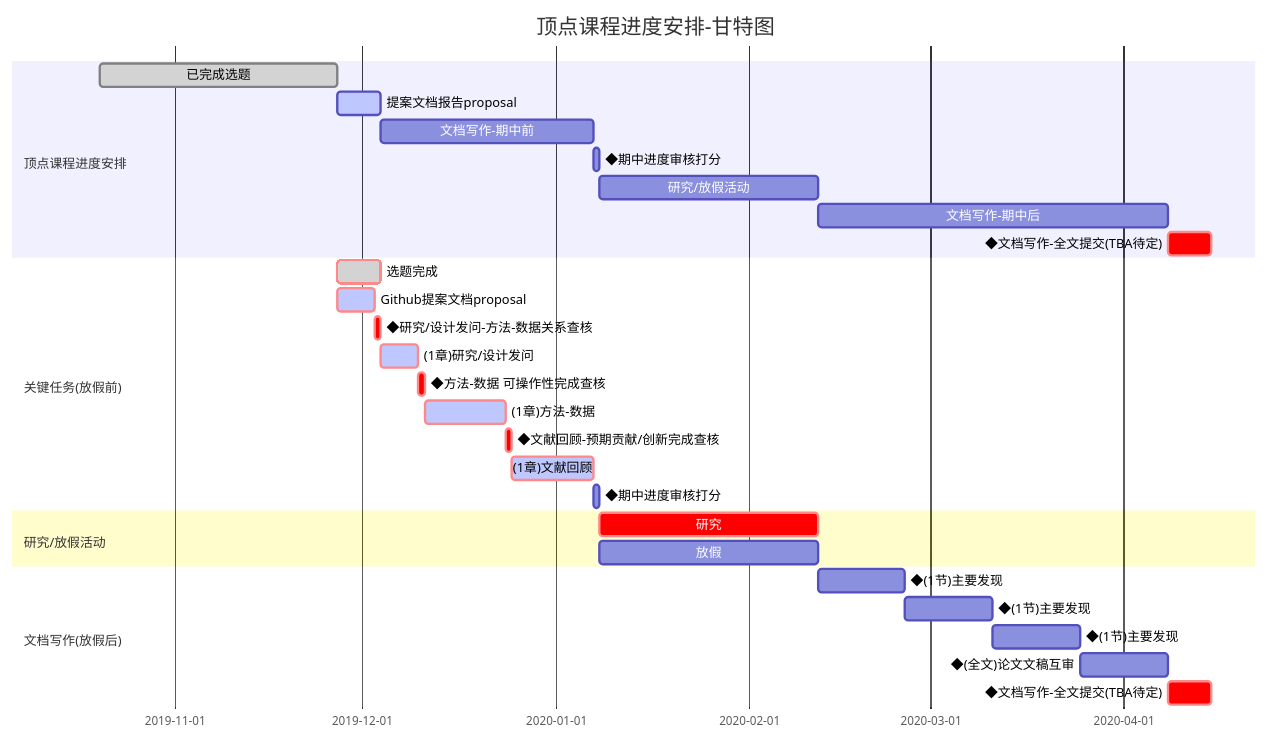
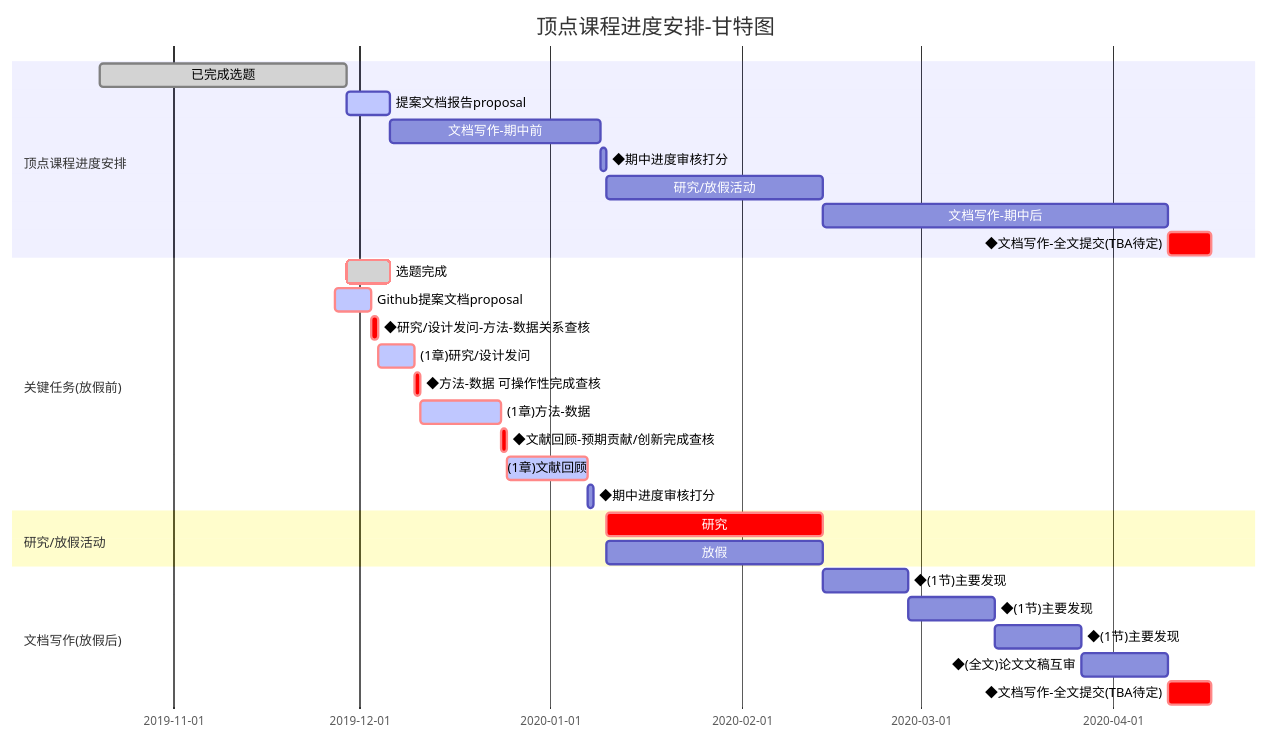
One commit to LuJIAYan/CapstoneProject-1 changed the diagram in prjs/proposal.md. Above: the diagram before and after it, drawn with Mermaid. The commit also changed other lines of this file and 1 other file, not shown here.

```diff
--- a/prjs/proposal.md
+++ b/prjs/proposal.md
@@ -101,38 +112,38 @@
 <div class="mermaid" style="background-color:lightgreen;"> 
 gantt
        dateFormat  YYYY-MM-DD
        title 顶点课程进度安排-甘特图
 
        section 顶点课程进度安排
-       已完成选题                :done,    des1, 2019-10-20,2019-11-27
-       提案文档报告proposal      :active,  des2, 2019-11-27, 7d
+       已完成选题                :done,    des1, 2019-10-20,2019-11-29
+       提案文档报告proposal      :active,  des2, 2019-11-29, 7d
        文档写作-期中前                  :         des3, after des2, 34d
        ◆期中进度审核打分         :         des4, after des3, 1d
        研究/放假活动             :         des5, after des4, 35d
        文档写作-期中后         :         des6, after des5, 56d
        ◆文档写作-全文提交(TBA待定):crit, des7, after des6, 7d
 
        section 关键任务(放假前)
        选题完成                  :crit, done, after des1, 7d
        Github提案文档proposal    :crit, active, 2019-11-27,6d
        ◆研究/设计发问-方法-数据关系查核  :crit, 1d
        (1章)研究/设计发问       :crit, active, 2019-12-04,6d
        ◆方法-数据 可操作性完成查核       :crit, 1d
        (1章)方法-数据           :crit, active, 2019-12-11,13d
        ◆文献回顾-预期贡献/创新完成查核     :crit, 1d
        (1章)文献回顾           :crit, active, 2019-12-25,13d
        ◆期中进度审核打分                   :1d
 
        section 研究/放假活动
        研究                     :crit, after des4, 35d
        放假                     :      vac1, after des4, 35d
 
        section 文档写作(放假后)
        ◆(1节)主要发现              : finding1, after des5, 14d
        ◆(1节)主要发现              : finding2, after finding1, 14d
        ◆(1节)主要发现              : finding3, after finding2, 14d
        ◆(全文)论文文稿互审             : peerreview, after finding3, 14d
        ◆文档写作-全文提交(TBA待定):crit, des7, after peerreview, 7d
 
 
 </div>
```
